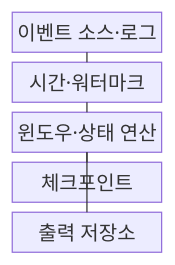
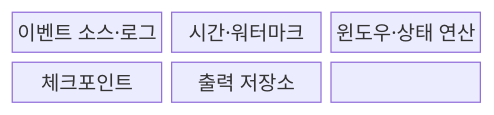
The first of 2 diagrams in src/content/docs/notes/08-latest-tech/195_real_time_streaming.md (agnusdei1207/knowledge-base), drawn with Mermaid before and after one commit. The commit also changed other lines of this file and 228 other files, not shown here.

````diff
--- a/src/content/docs/notes/08-latest-tech/195_real_time_streaming.md
+++ b/src/content/docs/notes/08-latest-tech/195_real_time_streaming.md
@@ -55,13 +49,11 @@
 ```mermaid
 block-beta
-  columns 1
-  source["이벤트 소스·로그"]
-  time["시간·워터마크"]
-  operator["윈도우·상태 연산"]
-  checkpoint["체크포인트"]
-  sink["출력 저장소"]
-  source --- time
-  time --- operator
-  operator --- checkpoint
-  operator --- sink
+  columns 3
+  N0["이벤트 소스·로그"]
+  N1["시간·워터마크"]
+  N2["윈도우·상태 연산"]
+  N3["체크포인트"]
+  N4["출력 저장소"]
+  N0 --- N1 --- N2
+  N2 --- N3 --- N4
 ```
````
